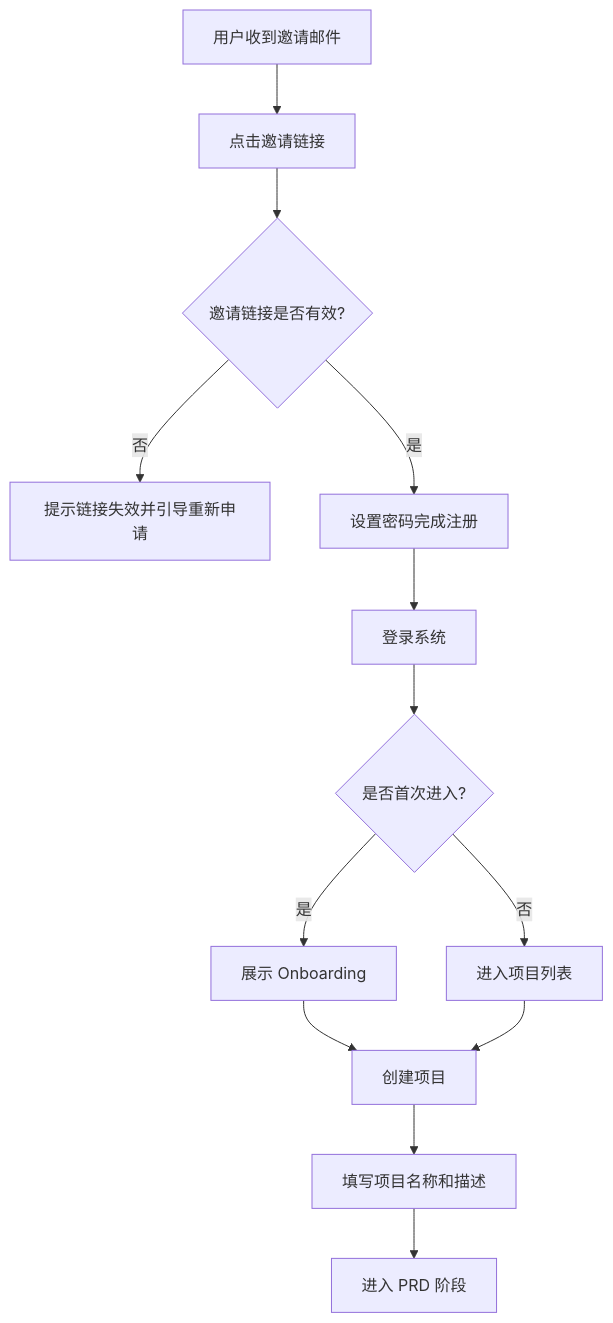
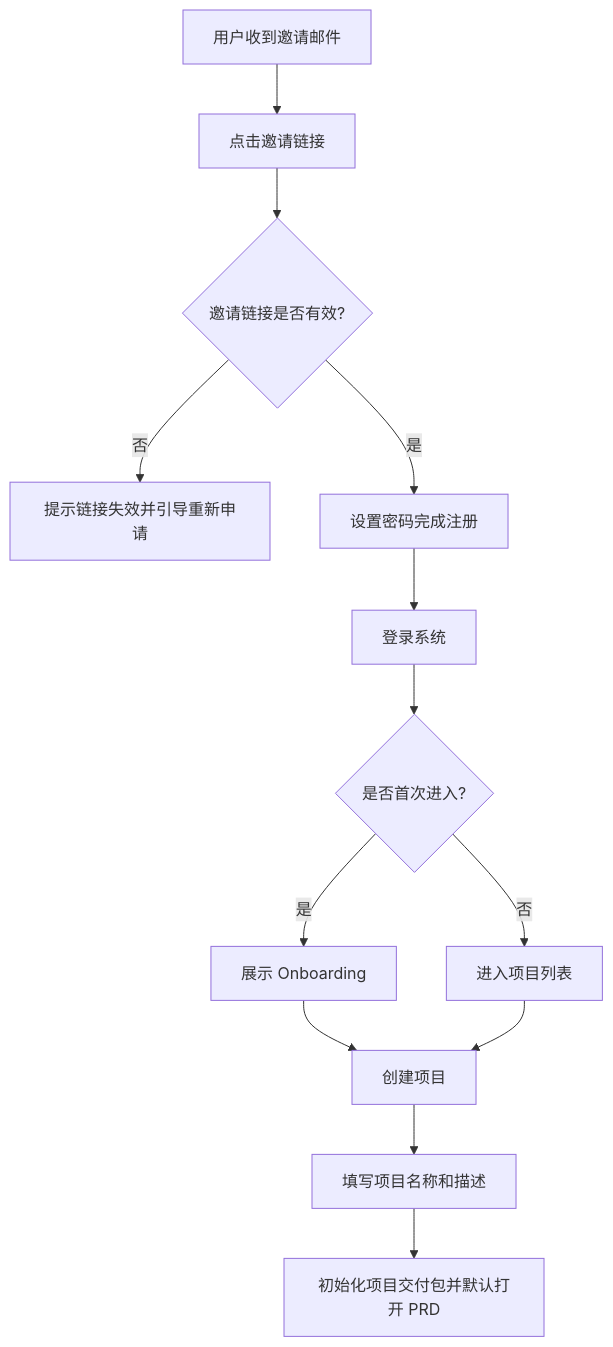
The third of 9 diagrams in .blueprint/PRD_V1.md (Jacobgxd/57Block_MVP_Builder), drawn with Mermaid before and after one commit. The commit also changed other lines of this file and 11 other files, not shown here.

````diff
--- a/.blueprint/PRD_V1.md
+++ b/.blueprint/PRD_V1.md
@@ -686,15 +731,15 @@
 ```mermaid
 flowchart TD
     A[用户收到邀请邮件] --> B[点击邀请链接]
     B --> C{邀请链接是否有效?}
     C -->|否| D[提示链接失效并引导重新申请]
     C -->|是| E[设置密码完成注册]
     E --> F[登录系统]
     F --> G{是否首次进入?}
     G -->|是| H[展示 Onboarding]
     G -->|否| I[进入项目列表]
     H --> J[创建项目]
     I --> J
     J --> K[填写项目名称和描述]
-    K --> L[进入 PRD 阶段]
+    K --> L[初始化项目交付包并默认打开 PRD]
 ```
````
